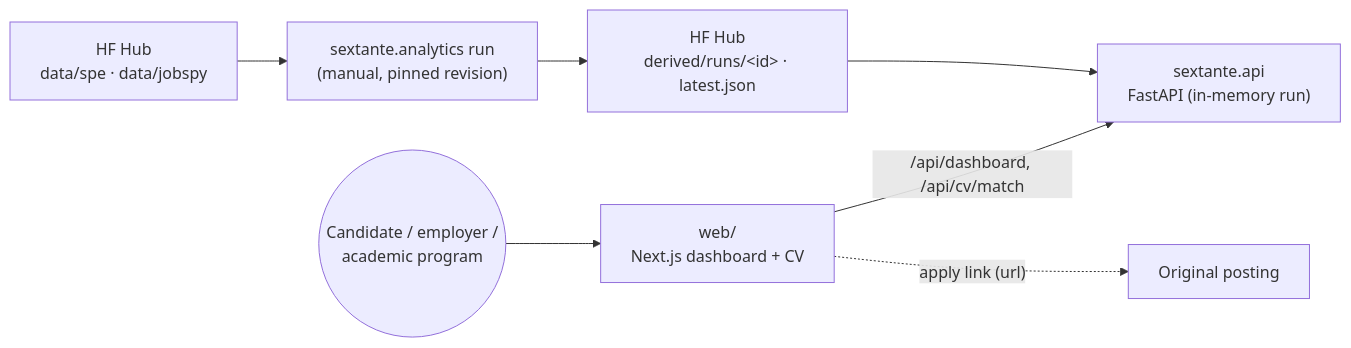
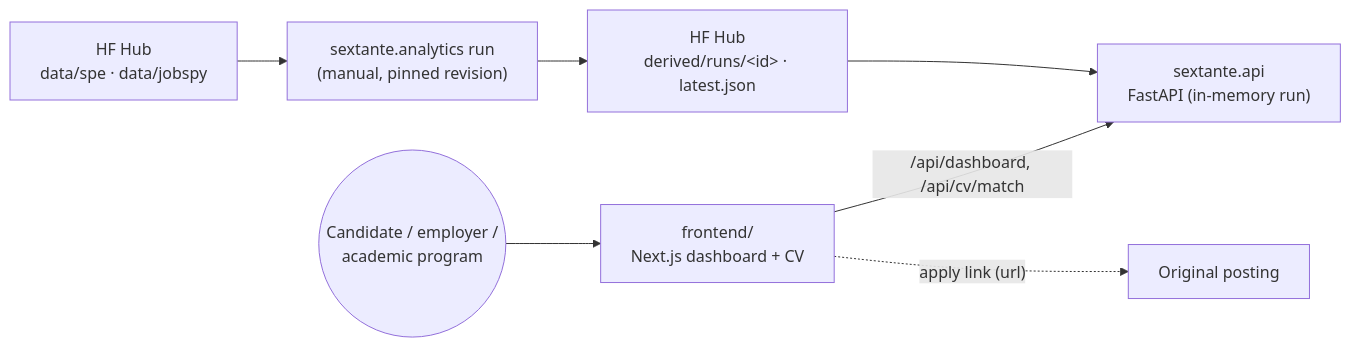
One commit to shalom-A26/SEXTANTE changed the fifth of 9 diagrams in docs/architecture.md. Above: the diagram before and after it, drawn with Mermaid. The commit also changed 63 other files, not shown here.

First line of the commit message:
refactor(frontend): move web/ to frontend/

````diff
--- a/docs/architecture.md
+++ b/docs/architecture.md
@@ -220,14 +220,14 @@
 ```mermaid
 flowchart LR
     hub["HF Hub<br/>data/spe · data/jobspy"]
     batch["sextante.analytics run<br/>(manual, pinned revision)"]
     derived["HF Hub<br/>derived/runs/&lt;id&gt; · latest.json"]
     api["sextante.api<br/>FastAPI (in-memory run)"]
-    web["web/<br/>Next.js dashboard + CV"]
+    web["frontend/<br/>Next.js dashboard + CV"]
     user(("Candidate / employer /<br/>academic program"))
 
     hub --> batch --> derived --> api
     web -->|"/api/dashboard, /api/cv/match"| api
     user --> web
     web -.->|"apply link (url)"| sourcejob["Original posting"]
 ```
````
